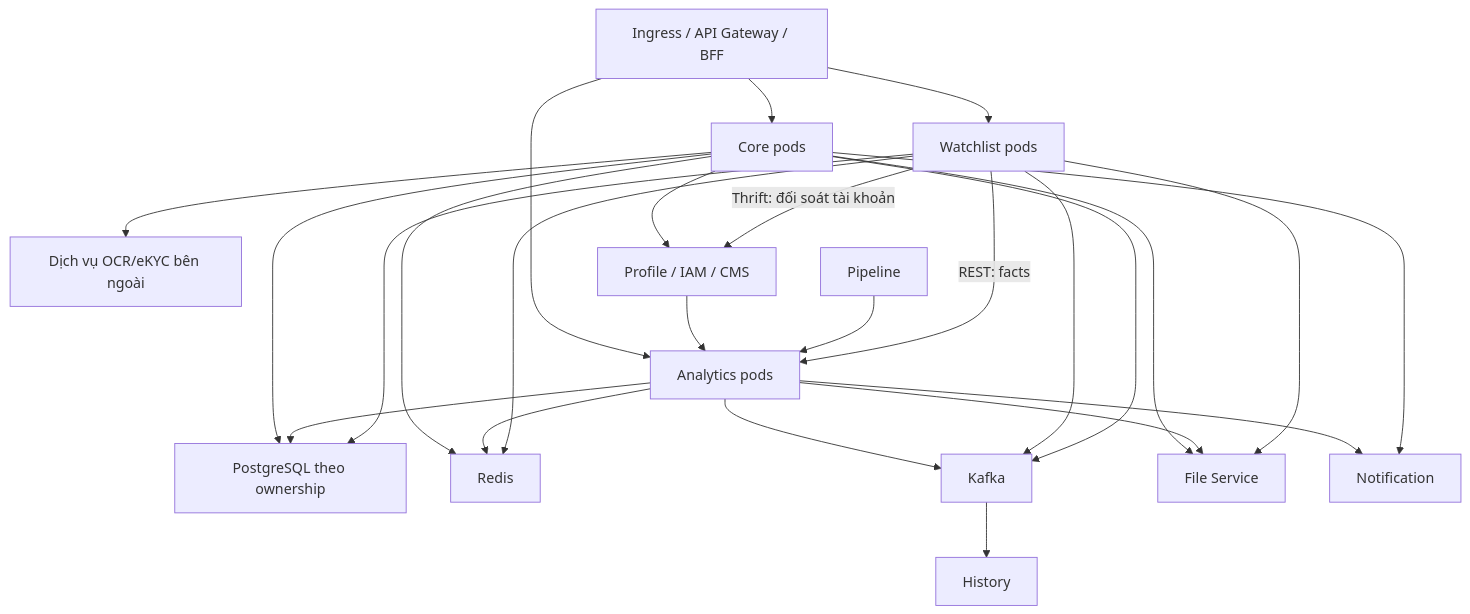
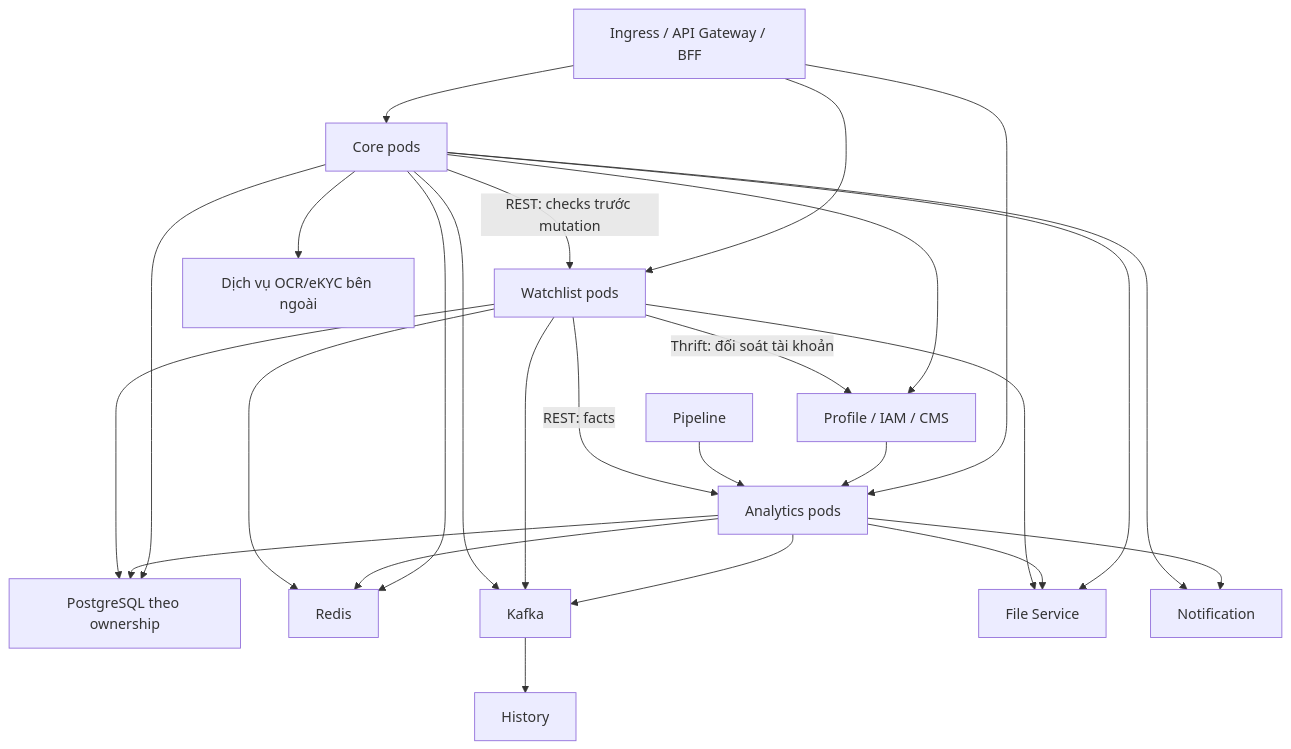
Before and after one commit to huynv-xyz/vhm-tdd: diagram 12 of 12 in cobroker/ttd-cobroker.md, drawn with Mermaid. The commit also changed other lines of this file and 9 other files, not shown here.

````diff
--- a/cobroker/ttd-cobroker.md
+++ b/cobroker/ttd-cobroker.md
@@ -1215,27 +1268,28 @@
 ```mermaid
 flowchart TB
     G["Ingress / API Gateway / BFF"] --> C["Core pods"]
     G --> A["Analytics pods"]
     G --> W["Watchlist pods"]
+    C -->|"REST: checks trước mutation"| W
     C --> E["Dịch vụ OCR/eKYC bên ngoài"]
     C --> DB["PostgreSQL theo ownership"]
     A --> DB
     W --> DB
     C --> R["Redis"]
     A --> R
     W --> R
     A --> K["Kafka"]
     W --> K
     C --> K
     C --> P["Profile / IAM / CMS"]
     W -->|"Thrift: đối soát tài khoản"| P
     P --> A
     PL["Pipeline"] --> A
     W -->|"REST: facts"| A
     C --> F["File Service"]
     A --> F
     W --> F
     A --> N["Notification"]
     C --> N
     K --> H["History"]
 ```
````
